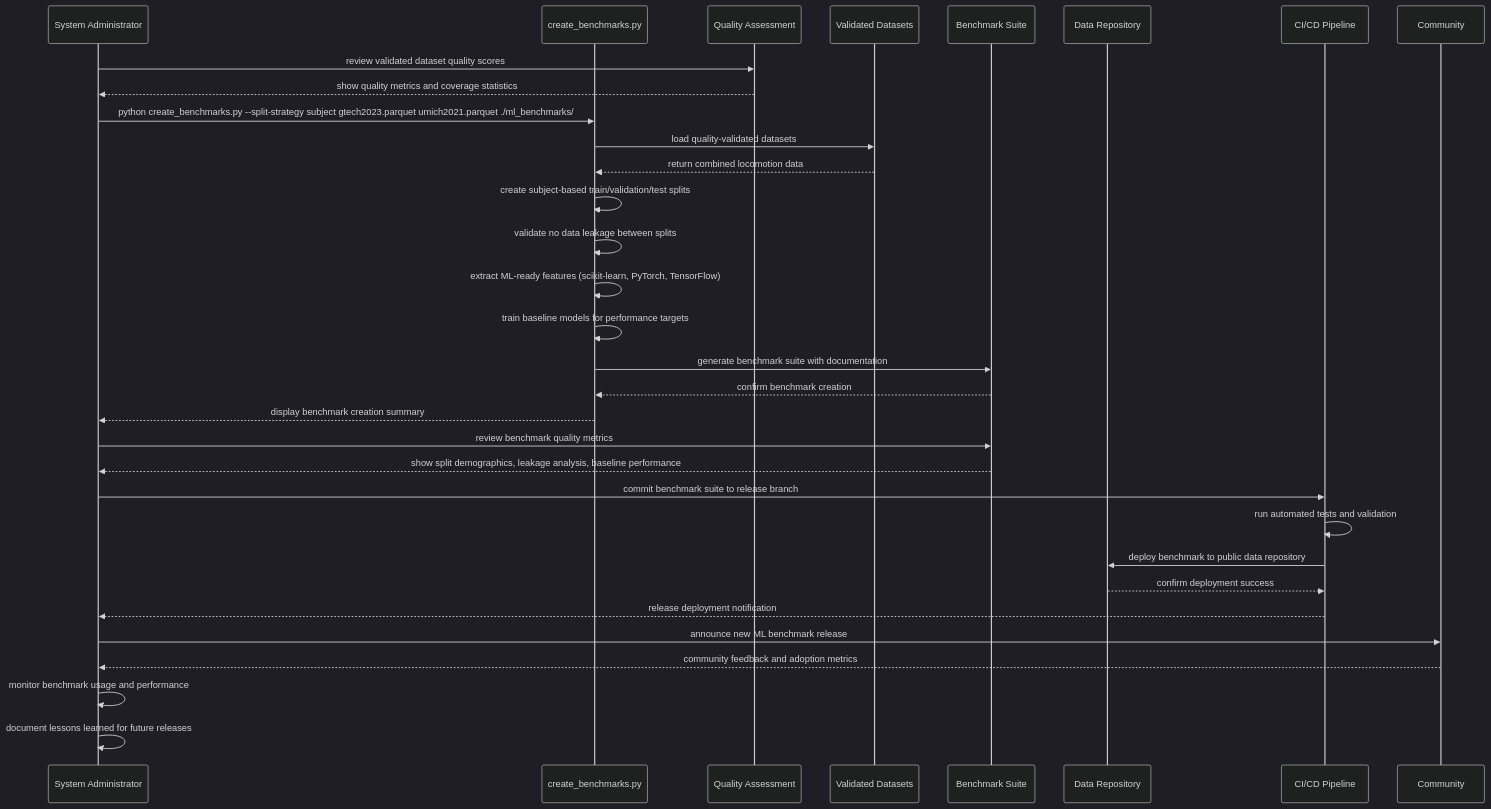
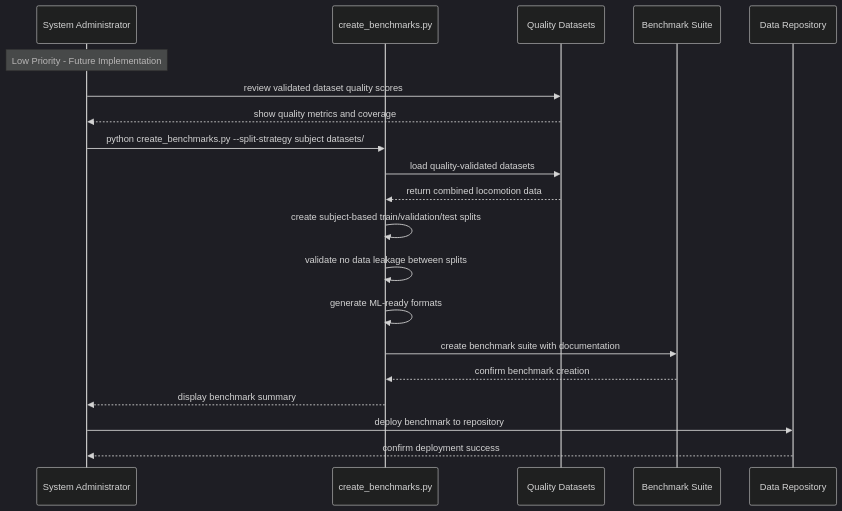
One commit to jmontp/LocoHub changed the fourth of 4 diagrams in docs/software_engineering/06_sequence_workflows.md. Above: the diagram before and after it, drawn with Mermaid. The commit also changed other lines of this file and 4 other files, not shown here.

````diff
--- a/docs/software_engineering/06_sequence_workflows.md
+++ b/docs/software_engineering/06_sequence_workflows.md
@@ -579,43 +173,29 @@
 ```mermaid
 %%{init: {'theme': 'dark'}}%%
 sequenceDiagram
     participant SA as System Administrator
     participant BC as create_benchmarks.py
-    participant QA as Quality Assessment
-    participant VS as Validated Datasets
+    participant QD as Quality Datasets
     participant BS as Benchmark Suite
     participant DR as Data Repository
-    participant CI as CI/CD Pipeline
-    participant CM as Community
 
-    SA->>QA: review validated dataset quality scores
-    QA-->>SA: show quality metrics and coverage statistics
+    Note over SA: Low Priority - Future Implementation
     
-    SA->>BC: python create_benchmarks.py --split-strategy subject gtech2023.parquet umich2021.parquet ./ml_benchmarks/
-    BC->>VS: load quality-validated datasets
-    VS-->>BC: return combined locomotion data
+    SA->>QD: review validated dataset quality scores
+    QD-->>SA: show quality metrics and coverage
+    
+    SA->>BC: python create_benchmarks.py --split-strategy subject datasets/
+    BC->>QD: load quality-validated datasets
+    QD-->>BC: return combined locomotion data
     
     BC->>BC: create subject-based train/validation/test splits
     BC->>BC: validate no data leakage between splits
-    BC->>BC: extract ML-ready features (scikit-learn, PyTorch, TensorFlow)
-    BC->>BC: train baseline models for performance targets
+    BC->>BC: generate ML-ready formats
     
-    BC->>BS: generate benchmark suite with documentation
+    BC->>BS: create benchmark suite with documentation
     BS-->>BC: confirm benchmark creation
-    BC-->>SA: display benchmark creation summary
+    BC-->>SA: display benchmark summary
     
-    SA->>BS: review benchmark quality metrics
-    BS-->>SA: show split demographics, leakage analysis, baseline performance
-    
-    SA->>CI: commit benchmark suite to release branch
-    CI->>CI: run automated tests and validation
-    CI->>DR: deploy benchmark to public data repository
-    DR-->>CI: confirm deployment success
-    CI-->>SA: release deployment notification
-    
-    SA->>CM: announce new ML benchmark release
-    CM-->>SA: community feedback and adoption metrics
-    
-    SA->>SA: monitor benchmark usage and performance
-    SA->>SA: document lessons learned for future releases
+    SA->>DR: deploy benchmark to repository
+    DR-->>SA: confirm deployment success
 ```
````
